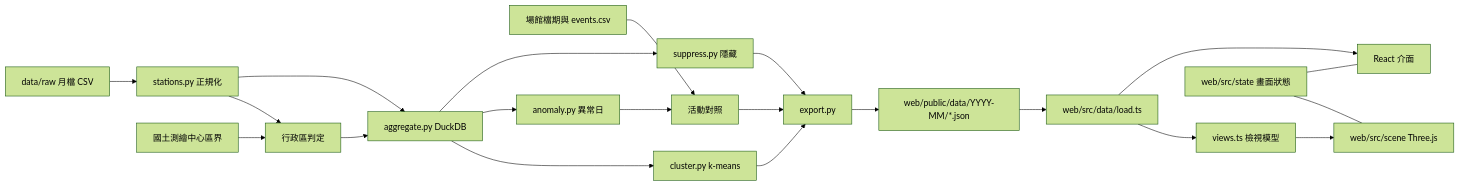
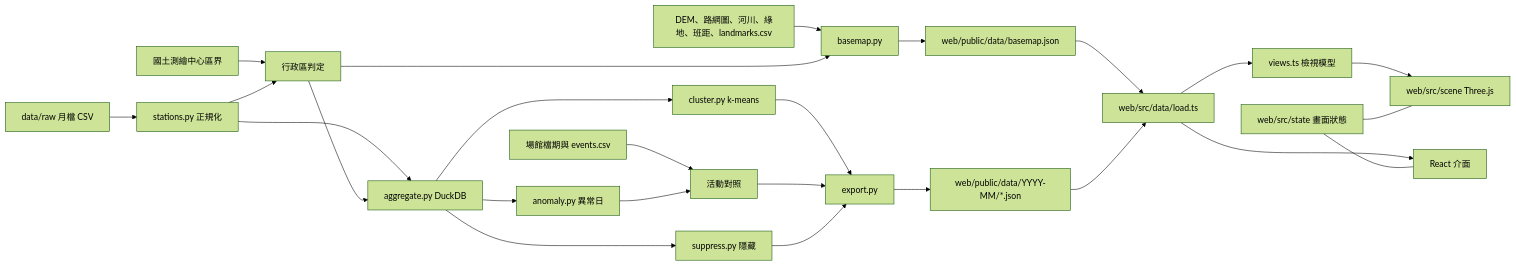
One commit to Piwison/city-breath changed the diagram in _bmad-output/initiative-city-breath/architecture-city-breath-2026-10-26/architecture-city-breath-2026-10-26.md. Above: the diagram before and after it, drawn with Mermaid (forest theme). The commit also changed other lines of this file and 4 other files, not shown here.

First line of the commit message:
arch: 天光定案後更新 architecture spine（Winston）

````diff
--- a/_bmad-output/initiative-city-breath/architecture-city-breath-2026-10-26/architecture-city-breath-2026-10-26.md
+++ b/_bmad-output/initiative-city-breath/architecture-city-breath-2026-10-26/architecture-city-breath-2026-10-26.md
@@ -24,23 +24,27 @@
 ```mermaid
 flowchart LR
   raw[data/raw 月檔 CSV] --> st[stations.py 正規化]
   geo[國土測繪中心區界] --> dist[行政區判定]
   ven[場館檔期與 events.csv] --> evt[活動對照]
+  bm[DEM、路網圖、河川、綠地、班距、landmarks.csv] --> bmp[basemap.py]
+  dist --> bmp
+  bmp --> bmj[web/public/data/basemap.json]
+  bmj --> load
   st --> dist
   st --> agg[aggregate.py DuckDB]
   dist --> agg
   agg --> cl[cluster.py k-means]
   agg --> an[anomaly.py 異常日]
   an --> evt
   agg --> sup[suppress.py 隱藏]
   cl --> ex[export.py]
   evt --> ex
   sup --> ex
   ex --> pub[web/public/data/YYYY-MM/*.json]
   pub --> load[web/src/data/load.ts]
   load --> views[views.ts 檢視模型]
   views --> scene[web/src/scene Three.js]
   load --> ui[React 介面]
   state[web/src/state 畫面狀態] --- scene
   state --- ui
 ```
````
